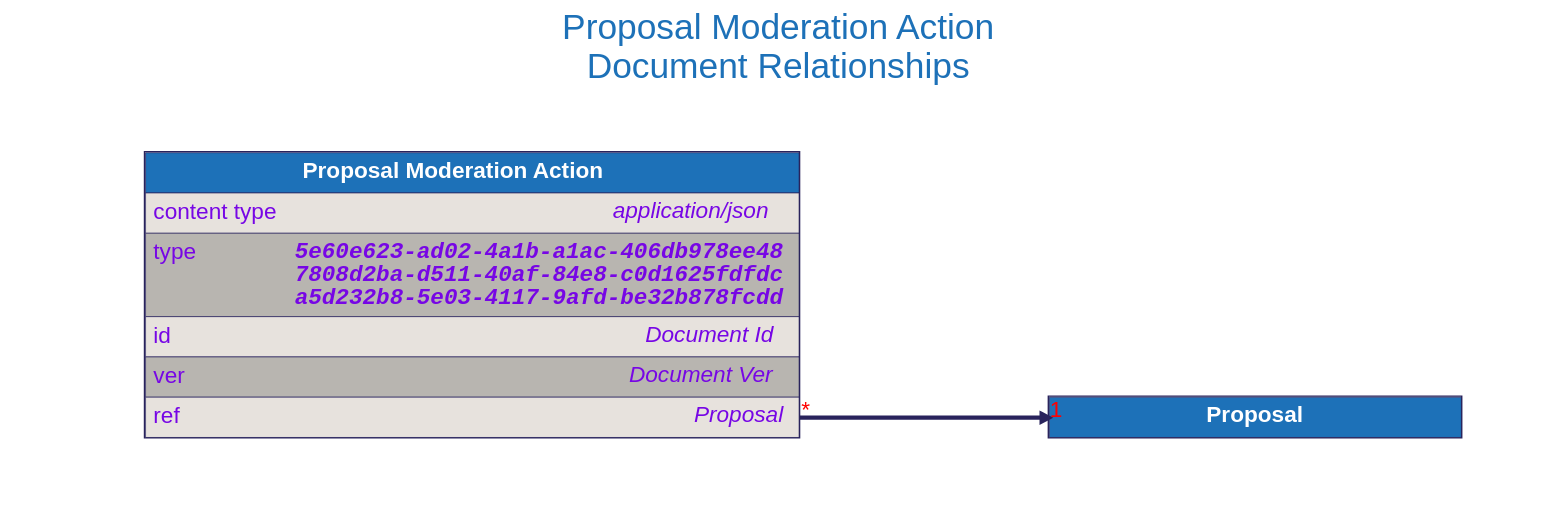
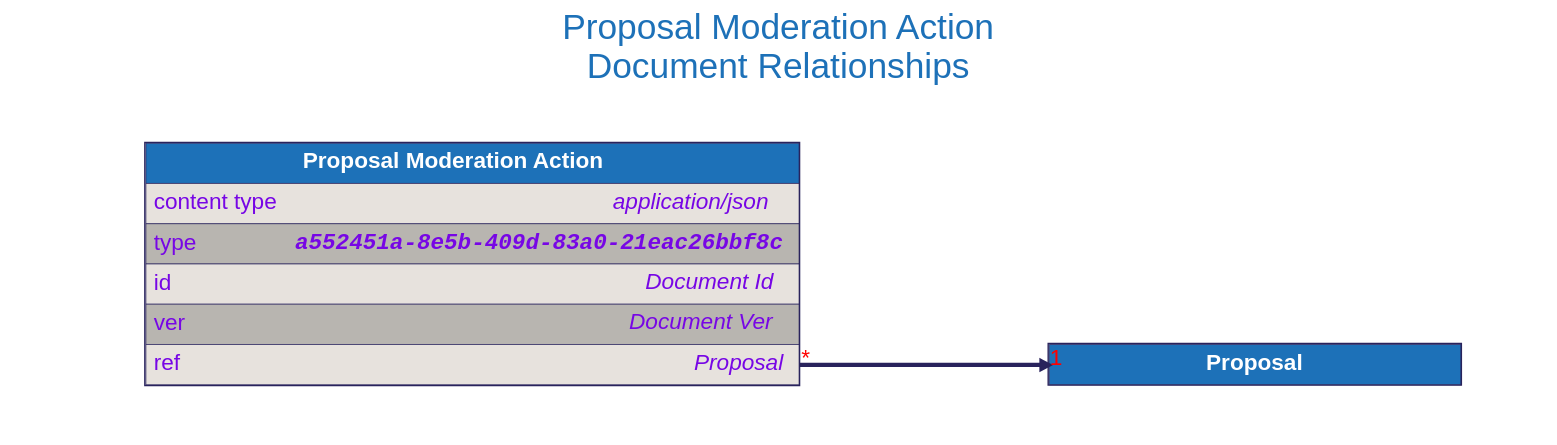
The diagram in docs/src/architecture/08_concepts/signed_doc/diagrams/proposal_moderation_action.dot (input-output-hk/catalyst-libs), drawn with Graphviz before and after one commit. The commit also changed 57 other files, not shown here.

```diff
--- a/docs/src/architecture/08_concepts/signed_doc/diagrams/proposal_moderation_action.dot
+++ b/docs/src/architecture/08_concepts/signed_doc/diagrams/proposal_moderation_action.dot
@@ -1,97 +1,97 @@
 digraph "Proposal Moderation Action" {
     rankdir="LR"
     graph [fontname="helvetica", fontsize="32", fontcolor="#29235c", bgcolor="white"];
     node [penwidth="0", margin="0", fontname="helvetica", fontsize="32", fontcolor="#29235c"];
     edge [fontname="helvetica", fontsize="32", fontcolor="red", color="#29235c"];
 
     labelloc="t"
     label="Proposal Moderation Action
 Document Relationships"
     fontcolor="#1d71b8"
     fontsize=50
     compound=true
 
 
 
     "Proposal" [
         id="Proposal";
         label=<
             <TABLE BORDER="2" COLOR="#29235c" CELLBORDER="1" CELLSPACING="0" CELLPADDING="10">
             <TR>
                 <TD PORT="title" BGCOLOR="#1d71b8" HREF="../proposal/">
                     <FONT COLOR="#ffffff"><B> Proposal </B></FONT>
                 </TD>
             </TR>
 
             </TABLE>
         >
     ];
 
 
     "Proposal Moderation Action" [
         id="Proposal Moderation Action";
         label=<
             <TABLE BORDER="2" COLOR="#29235c" CELLBORDER="1" CELLSPACING="0" CELLPADDING="10">
             <TR>
                 <TD PORT="title" BGCOLOR="#1d71b8" HREF="../proposal_moderation_action/">
                     <FONT COLOR="#ffffff"><B> Proposal Moderation Action </B></FONT>
                 </TD>
             </TR>
             <TR>
                 <TD ALIGN="LEFT" PORT="content type" BGCOLOR="#e7e2dd">
                     <TABLE CELLPADDING="0" CELLSPACING="0" BORDER="0">
                         <TR>
                             <TD ALIGN="LEFT" VALIGN="TOP" WIDTH="200"><FONT COLOR="#7706E5">content type</FONT></TD>
                             <TD ALIGN="RIGHT"><FONT COLOR="#7706E5"><I>application/json</I></FONT></TD>
                         </TR>
                     </TABLE>
                 </TD>
             </TR>
             <TR>
                 <TD ALIGN="LEFT" PORT="type" BGCOLOR="#b8b5b0">
                     <TABLE CELLPADDING="0" CELLSPACING="0" BORDER="0">
                         <TR>
                             <TD ALIGN="LEFT" VALIGN="TOP" WIDTH="200"><FONT COLOR="#7706E5">type</FONT></TD>
-                            <TD ALIGN="RIGHT"><FONT FACE="Courier" COLOR="#7706E5"><B><I>5e60e623-ad02-4a1b-a1ac-406db978ee48<BR />7808d2ba-d511-40af-84e8-c0d1625fdfdc<BR />a5d232b8-5e03-4117-9afd-be32b878fcdd</I></B></FONT></TD>
+                            <TD ALIGN="RIGHT"><FONT FACE="Courier" COLOR="#7706E5"><B><I>a552451a-8e5b-409d-83a0-21eac26bbf8c</I></B></FONT></TD>
                         </TR>
                     </TABLE>
                 </TD>
             </TR>
             <TR>
                 <TD ALIGN="LEFT" PORT="id" BGCOLOR="#e7e2dd">
                     <TABLE CELLPADDING="0" CELLSPACING="0" BORDER="0">
                         <TR>
                             <TD ALIGN="LEFT" VALIGN="TOP" WIDTH="200"><FONT COLOR="#7706E5">id</FONT></TD>
                             <TD ALIGN="RIGHT"><FONT COLOR="#7706E5"><I>Document Id</I></FONT></TD>
                         </TR>
                     </TABLE>
                 </TD>
             </TR>
             <TR>
                 <TD ALIGN="LEFT" PORT="ver" BGCOLOR="#b8b5b0">
                     <TABLE CELLPADDING="0" CELLSPACING="0" BORDER="0">
                         <TR>
                             <TD ALIGN="LEFT" VALIGN="TOP" WIDTH="200"><FONT COLOR="#7706E5">ver</FONT></TD>
                             <TD ALIGN="RIGHT"><FONT COLOR="#7706E5"><I>Document Ver</I></FONT></TD>
                         </TR>
                     </TABLE>
                 </TD>
             </TR>
             <TR>
                 <TD ALIGN="LEFT" PORT="ref" BGCOLOR="#e7e2dd">
                     <TABLE CELLPADDING="0" CELLSPACING="0" BORDER="0">
                         <TR>
                             <TD ALIGN="LEFT" VALIGN="TOP" WIDTH="200"><FONT COLOR="#7706E5">ref</FONT></TD>
                             <TD ALIGN="RIGHT"><FONT COLOR="#7706E5"><I>Proposal</I></FONT></TD>
                         </TR>
                     </TABLE>
                 </TD>
             </TR>
 
             </TABLE>
         >
     ];
 
 
     "Proposal Moderation Action":"ref":e -> "Proposal":"title":w [dir=forward, penwidth=6, color="#29235c", headlabel="1", taillabel="*"]
 }
```
